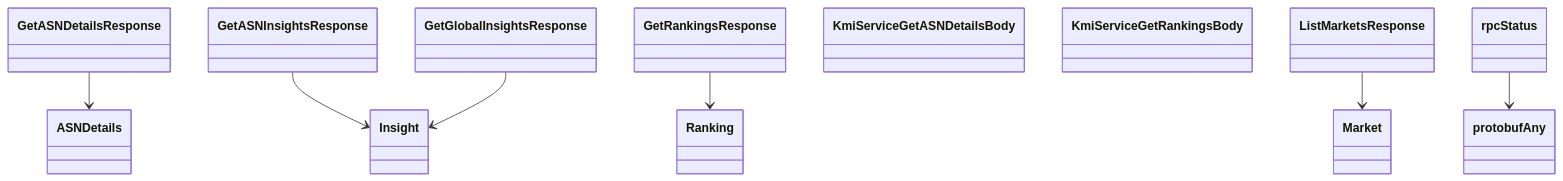
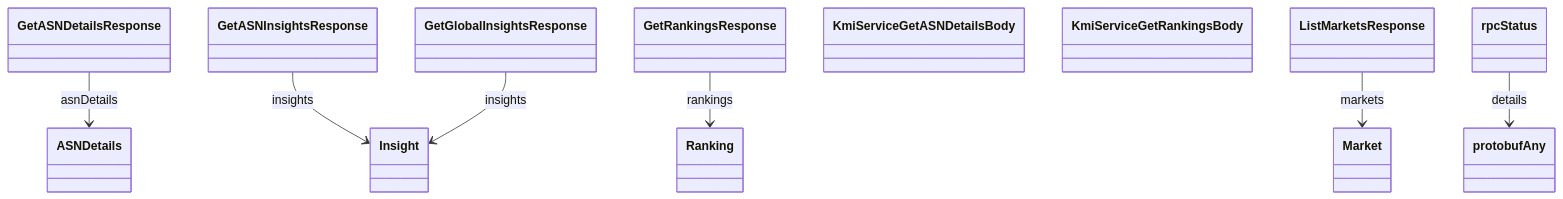
Before and after one commit to alexdearaujo/community_sdk_python: diagram 12 of 12 in docs/sphinx/services/kmi.md, drawn with Mermaid. The commit also changed other lines of this file and 129 other files, not shown here.

````diff
--- a/docs/sphinx/services/kmi.md
+++ b/docs/sphinx/services/kmi.md
@@ -428,22 +449,22 @@
 ```mermaid
 classDiagram
     class ASNDetails
     class GetASNDetailsResponse
     class GetASNInsightsResponse
     class GetGlobalInsightsResponse
     class GetRankingsResponse
     class Insight
     class KmiServiceGetASNDetailsBody
     class KmiServiceGetRankingsBody
     class ListMarketsResponse
     class Market
     class Ranking
     class protobufAny
     class rpcStatus
-    GetASNDetailsResponse --> ASNDetails
-    GetASNInsightsResponse --> Insight
-    GetGlobalInsightsResponse --> Insight
-    GetRankingsResponse --> Ranking
-    ListMarketsResponse --> Market
-    rpcStatus --> protobufAny
+    GetASNDetailsResponse --> ASNDetails : asnDetails
+    GetASNInsightsResponse --> Insight : insights
+    GetGlobalInsightsResponse --> Insight : insights
+    GetRankingsResponse --> Ranking : rankings
+    ListMarketsResponse --> Market : markets
+    rpcStatus --> protobufAny : details
 ```
````
